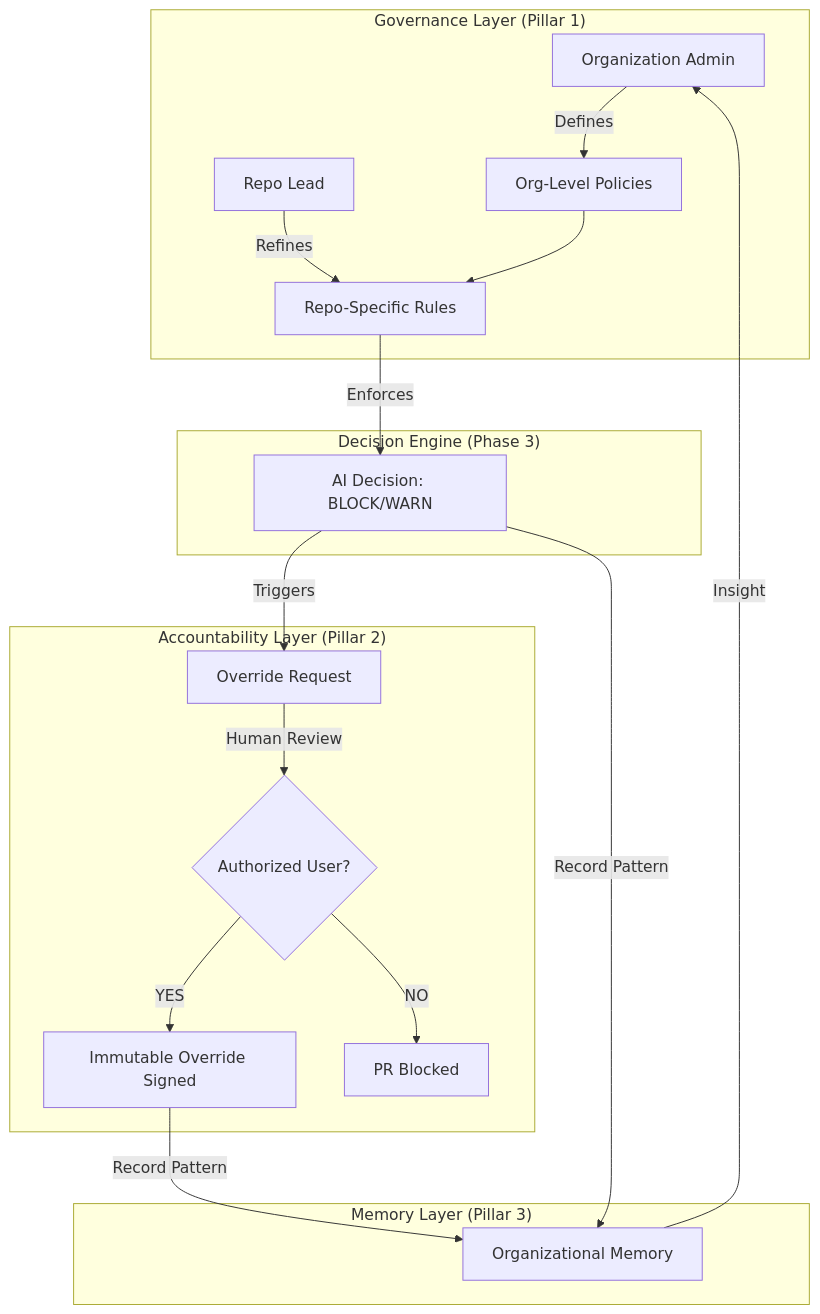
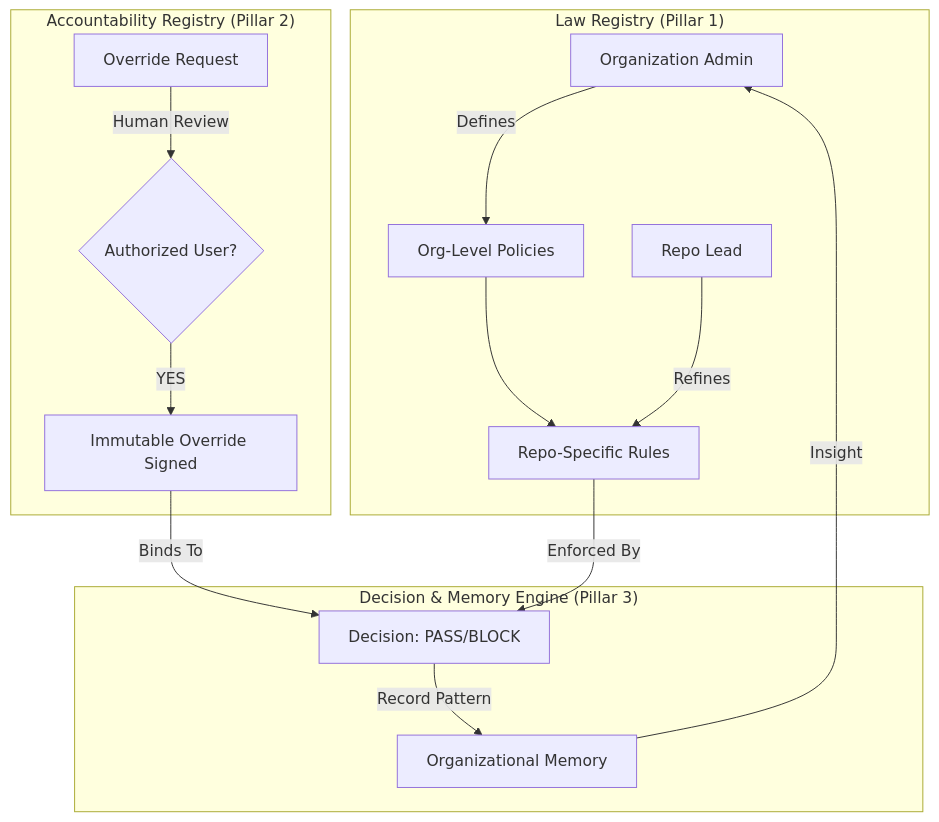
Before and after one commit to zaxionhq/Zaxion: the diagram in docs/PHASE_4_LOCK.md, drawn with Mermaid. The commit also changed 3 other files, not shown here.

First line of the commit message:
docs: lock Phase 4 governance constitution (Pillars 1–3)

````diff
--- a/docs/PHASE_4_LOCK.md
+++ b/docs/PHASE_4_LOCK.md
@@ -64,25 +64,20 @@
 ```mermaid
 graph TD
-    subgraph "Governance Layer (Pillar 1)"
+    subgraph "Law Registry (Pillar 1)"
         Org[Organization Admin] -->|Defines| OrgPolicy[Org-Level Policies]
         RepoOwner[Repo Lead] -->|Refines| RepoPolicy[Repo-Specific Rules]
         OrgPolicy --> RepoPolicy
     end
 
-    subgraph "Decision Engine (Phase 3)"
-        RepoPolicy -->|Enforces| Decision[AI Decision: BLOCK/WARN]
+    subgraph "Accountability Registry (Pillar 2)"
+        Request[Override Request] -->|Human Review| AuthorizedUser{Authorized User?}
+        AuthorizedUser -->|YES| Override[Immutable Override Signed]
     end
 
-    subgraph "Accountability Layer (Pillar 2)"
-        Decision -->|Triggers| Request[Override Request]
-        Request -->|Human Review| AuthorizedUser{Authorized User?}
-        AuthorizedUser -->|YES| Override[Immutable Override Signed]
-        AuthorizedUser -->|NO| Blocked[PR Blocked]
-    end
-
-    subgraph "Memory Layer (Pillar 3)"
-        Override -->|Record Pattern| OrgMemory[Organizational Memory]
-        Decision -->|Record Pattern| OrgMemory
+    subgraph "Decision & Memory Engine (Pillar 3)"
+        RepoPolicy -->|Enforced By| Decision[Decision: PASS/BLOCK]
+        Override -->|Binds To| Decision
+        Decision -->|Record Pattern| OrgMemory[Organizational Memory]
         OrgMemory -->|Insight| Org
     end
 ```
````
